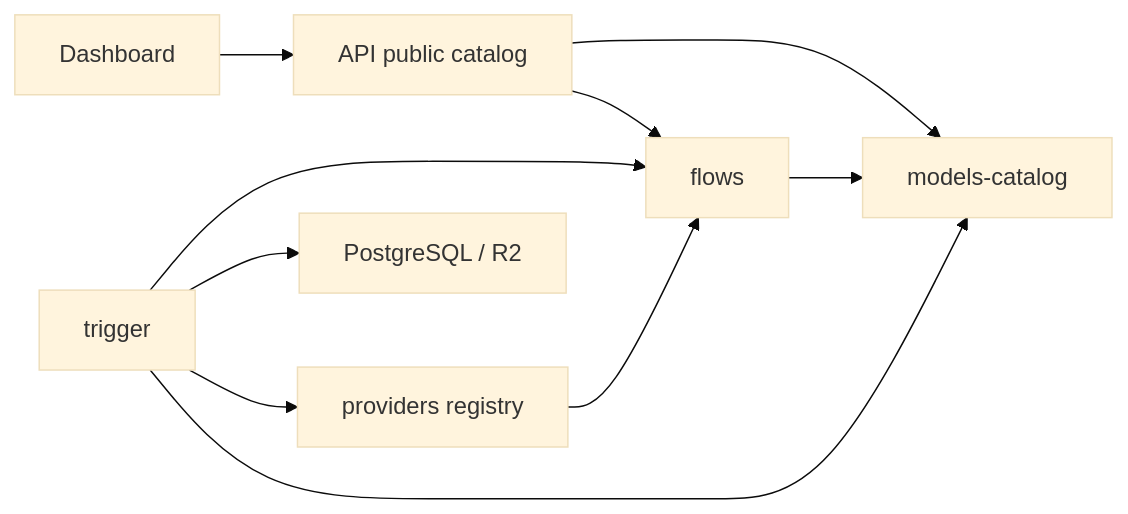
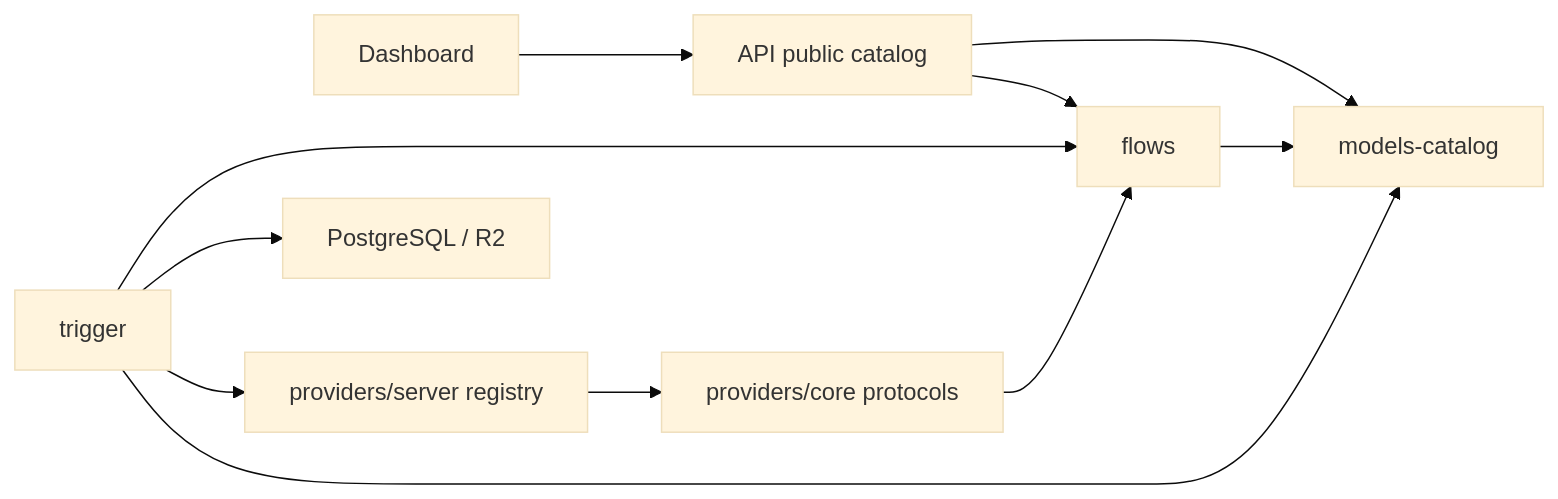
The diagram in docs/generation-runtime-simplification-plan.md (leognmotta/talelabs), drawn with Mermaid (base theme) before and after one commit. The commit also changed other lines of this file and 8 other files, not shown here.

````diff
--- a/docs/generation-runtime-simplification-plan.md
+++ b/docs/generation-runtime-simplification-plan.md
@@ -697,12 +719,13 @@
 ```mermaid
 flowchart LR
   Dashboard["Dashboard"] --> API["API public catalog"]
   API --> Catalog["models-catalog"]
   API --> Flows["flows"]
   Flows --> Catalog
   Trigger["trigger"] --> Flows
   Trigger --> Catalog
-  Trigger --> Providers["providers registry"]
-  Providers --> Flows
+  Trigger --> ProviderServer["providers/server registry"]
+  ProviderServer --> ProviderCore["providers/core protocols"]
+  ProviderCore --> Flows
   Trigger --> DB["PostgreSQL / R2"]
 ```
````
